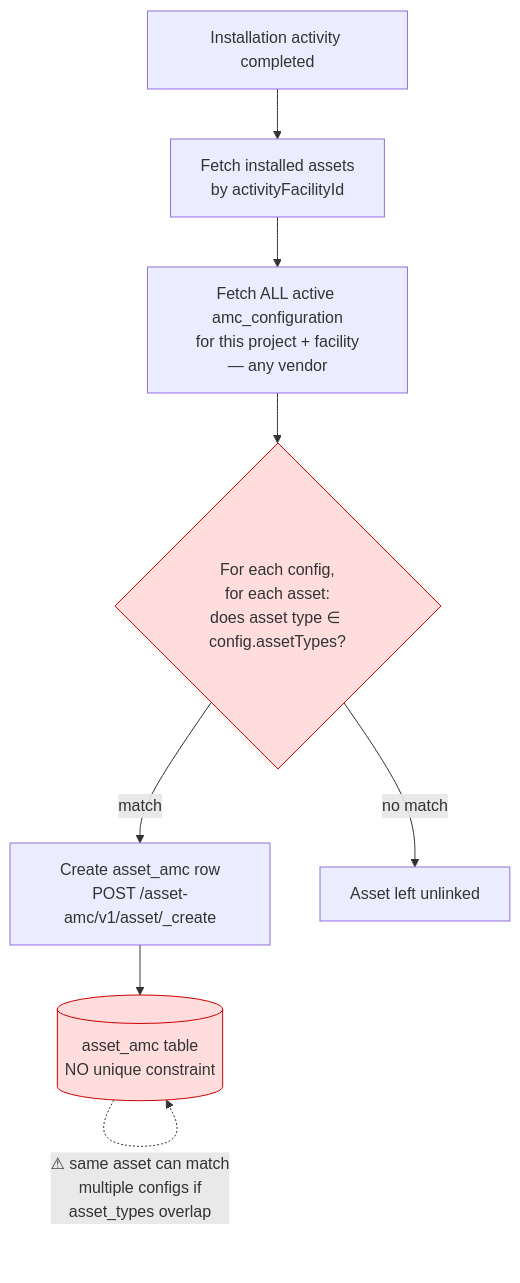
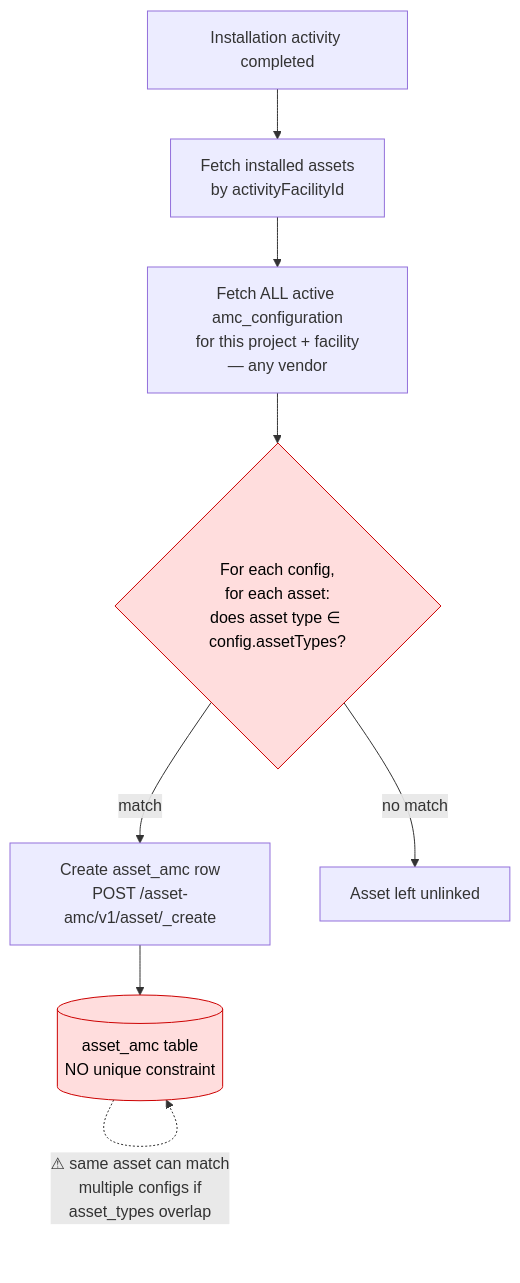
One commit to Selco-Foundation/E4H_Digital_Platform changed the third of 7 diagrams in Z_Docs/Z_AMC_update/LLD_Multiple_AMC_Per_Facility.md. Above: the diagram before and after it, drawn with Mermaid. The commit also changed other lines of this file and 5 other files, not shown here.

````diff
--- a/Z_Docs/Z_AMC_update/LLD_Multiple_AMC_Per_Facility.md
+++ b/Z_Docs/Z_AMC_update/LLD_Multiple_AMC_Per_Facility.md
@@ -220,13 +304,13 @@
 ```mermaid
 flowchart TD
     A[Installation activity completed] --> B[Fetch installed assets<br/>by activityFacilityId]
     B --> C[Fetch ALL active amc_configuration<br/>for this project + facility<br/>— any vendor]
     C --> D{For each config,<br/>for each asset:<br/>does asset type ∈ config.assetTypes?}
     D -- match --> E[Create asset_amc row<br/>POST /asset-amc/v1/asset/_create]
     D -- no match --> F[Asset left unlinked]
     E --> G[(asset_amc table<br/>NO unique constraint)]
     G -.->|"⚠ same asset can match\nmultiple configs if\nasset_types overlap"| G
 
-    style G fill:#fdd,stroke:#c00
-    style D fill:#fdd,stroke:#c00
+    style G fill:#fdd,stroke:#c00,color:#000
+    style D fill:#fdd,stroke:#c00,color:#000
 ```
````
